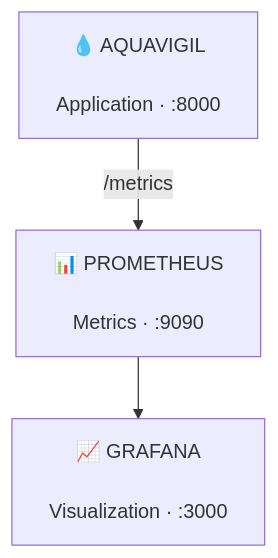
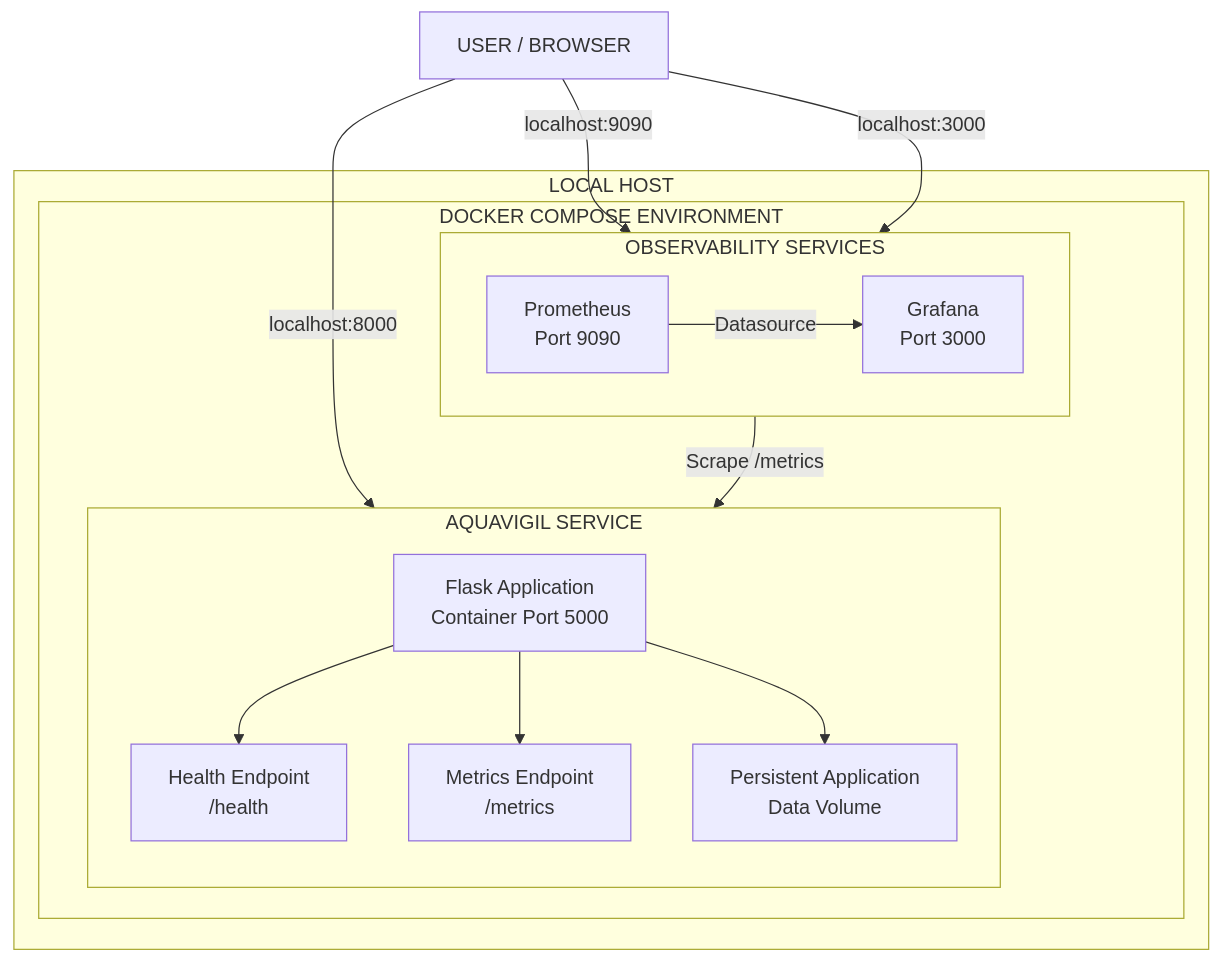
Before and after one commit to HaziqBinAfzal/AquaVigil: the seventh of 8 diagrams in README.md, drawn with Mermaid. The commit also changed other lines of this file, not shown here.

````diff
--- a/README.md
+++ b/README.md
@@ -575,12 +828,41 @@
 ```mermaid
 flowchart TB
 
-    A["💧 AQUAVIGIL<br/><br/>Application · :8000"]
+    USER["USER / BROWSER"]
 
-    B["📊 PROMETHEUS<br/><br/>Metrics · :9090"]
+    subgraph HOST["LOCAL HOST"]
 
-    C["📈 GRAFANA<br/><br/>Visualization · :3000"]
+        subgraph COMPOSE["DOCKER COMPOSE ENVIRONMENT"]
 
-    A -->|"/metrics"| B
-    B --> C
+            subgraph APP["AQUAVIGIL SERVICE"]
+                direction TB
+
+                WEB["Flask Application<br/>Container Port 5000"]
+                HEALTH["Health Endpoint<br/>/health"]
+                METRICS["Metrics Endpoint<br/>/metrics"]
+                DATA["Persistent Application<br/>Data Volume"]
+
+                WEB --> HEALTH
+                WEB --> METRICS
+                WEB --> DATA
+            end
+
+            subgraph MONITORING["OBSERVABILITY SERVICES"]
+                direction LR
+
+                PROM["Prometheus<br/>Port 9090"]
+                GRAF["Grafana<br/>Port 3000"]
+
+                PROM -->|"Datasource"| GRAF
+            end
+
+        end
+    end
+
+    USER -->|"localhost:8000"| WEB
+
+    PROM -->|"Scrape /metrics"| METRICS
+
+    USER -->|"localhost:9090"| PROM
+    USER -->|"localhost:3000"| GRAF
 ```
````
